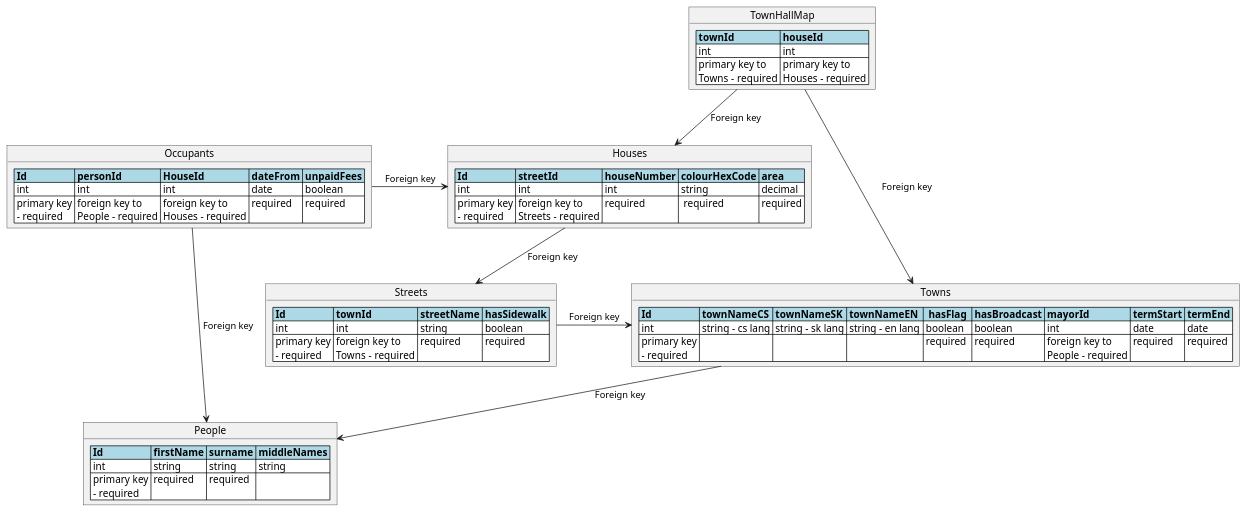
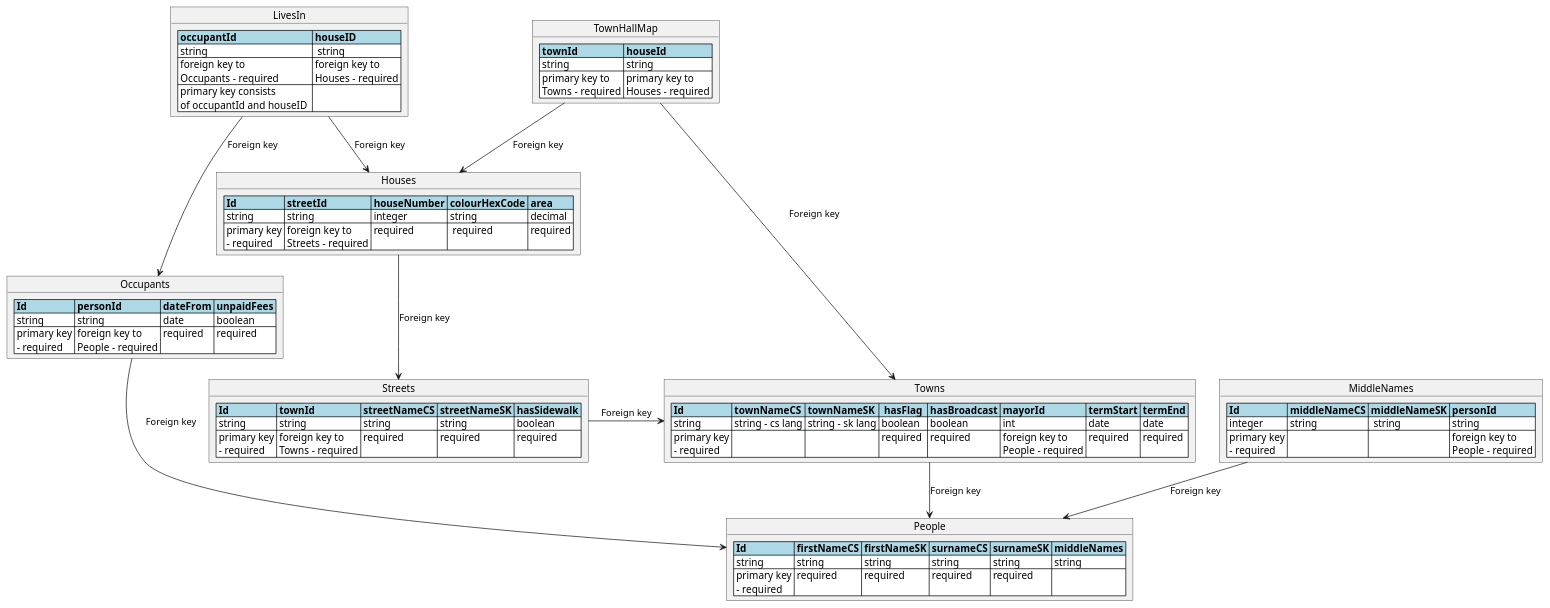
The diagram in 4/model/ralational.plantuml (michael-sevcik/NPRG036-Data-Formats), drawn with PlantUML before and after one commit.

Commit message:
update model

```diff
--- a/4/model/ralational.plantuml
+++ b/4/model/ralational.plantuml
@@ -1,57 +1,70 @@
 @startuml townDiagram
 
 hide circle
 
 object Towns {
-  <#lightblue,#black>|= Id |= townNameCS |= townNameSK |= townNameEN  |=  hasFlag  |= hasBroadcast |= mayorId |= termStart |= termEnd |
-  <#white>| int | string - cs lang | string - sk lang | string - en lang | boolean | boolean | int | date | date |
-  <#white>| primary key \n - required | | | | required | required | foreign key to \n People - required | required | required |
+  <#lightblue,#black>|= Id |= townNameCS |= townNameSK |=  hasFlag  |= hasBroadcast |= mayorId |= termStart |= termEnd |
+  <#white>| string | string - cs lang | string - sk lang | boolean | boolean | int | date | date |
+  <#white>| primary key \n - required | | | required | required | foreign key to \n People - required | required | required |
 }
 
-' TODO: do we want to have firstNameCS, firstNameEN etc.
-' If not which lang will we choose for the RDF
 object People {
-  ' TODO: Is ok to represent middleNames as one string 
-  <#lightblue,#black>|= Id |= firstName |= surname |= middleNames |
-  <#white>| int | string | string | string |
-  <#white>| primary key \n - required | required | required | |
+  <#lightblue,#black>|= Id |= firstNameCS |= firstNameSK |= surnameCS |= surnameSK |= middleNames |
+  <#white>| string | string | string | string | string | string | 
+  <#white>| primary key \n - required | required | required | required | required | |
+}
+
+object LivesIn {
+  <#lightblue,#black>|= occupantId |= houseID |
+  <#white>| string |  string |
+  <#white>| foreign key to \n Occupants - required | foreign key to \n Houses - required |
+  <#white>| primary key consists \n of occupantId and houseID  | |
+
+}
+
+object MiddleNames {
+  <#lightblue,#black>|= Id |= middleNameCS |= middleNameSK |= personId |
+  <#white>| integer | string |  string | string |
+  <#white>| primary key \n - required | | | foreign key to \n People - required |
 }
 
 object Occupants {
-  <#lightblue,#black>|= Id |= personId |= HouseId |= dateFrom |= unpaidFees |
-  <#white>| int | int | int | date | boolean |
-  <#white>| primary key \n - required | foreign key to \n People - required | foreign key to \n Houses - required | required | required |
+  <#lightblue,#black>|= Id |= personId |= dateFrom |= unpaidFees |
+  <#white>| string | string | date | boolean |
+  <#white>| primary key \n - required | foreign key to \n People - required | required | required |
 }
 
 object TownHallMap {
   <#lightblue,#black>|= townId |= houseId |
-  <#white>| int | int |
+  <#white>| string | string |
   <#white>| primary key to \n Towns - required | primary key to \n Houses - required | date \n - required | boolean \n - required |
 }
 
 ' TODO: the same problem with streetName and langs
 object Streets {
-  <#lightblue,#black>|= Id |= townId |= streetName |= hasSidewalk |
-  <#white>| int | int | string | boolean |
-  <#white>| primary key \n - required | foreign key to \n Towns - required | required | required |
+  <#lightblue,#black>|= Id |= townId |= streetNameCS |= streetNameSK |= hasSidewalk |
+  <#white>| string | string | string | string | boolean |
+  <#white>| primary key \n - required | foreign key to \n Towns - required | required | required | required |
 }
 
 object Houses {
   <#lightblue,#black>|= Id |= streetId |= houseNumber |= colourHexCode |= area |
-  <#white>| int | int | int | string | decimal |
+  <#white>| string | string | integer | string | decimal |
   <#white>| primary key \n - required | foreign key to \n Streets - required | required |  required | required |
 }
 
-Occupants -> Houses : "Foreign key"
 Occupants -d-> People : "Foreign key"
 Houses -d-> Streets : "Foreign key"
 Streets -> Towns : "Foreign key"
 Towns -d-> People : "Foreign key"
+MiddleNames --> People : "Foreign key"
 TownHallMap -d-> Towns : "Foreign key"
 TownHallMap -d-> Houses : "Foreign key"
+LivesIn --> Occupants : "Foreign key"
+LivesIn --> Houses : "Foreign key"
 
 
 
 
 
 @enduml
```
